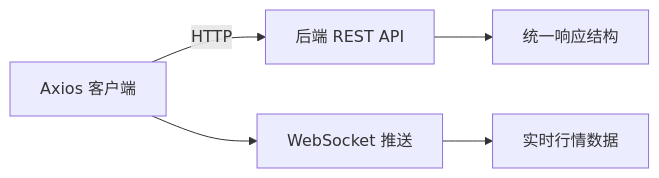
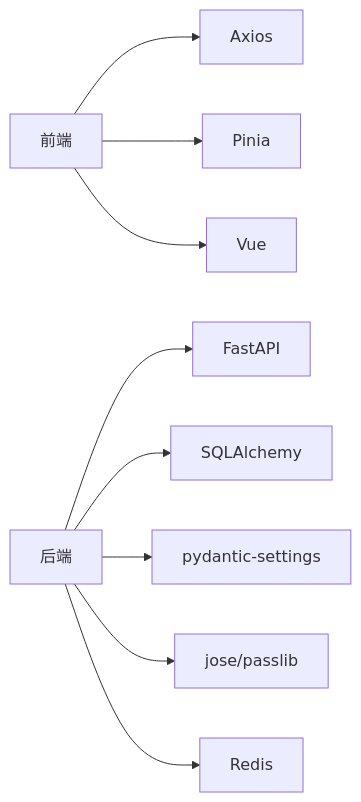
Before and after one commit to We3le7/stock-view: the ninth of 9 diagrams in .qoder/repowiki/zh/content/前端开发/API客户端.md, drawn with Mermaid. The commit also changed other lines of this file and 142 other files, not shown here.

````diff
--- a/.qoder/repowiki/zh/content/前端开发/API客户端.md
+++ b/.qoder/repowiki/zh/content/前端开发/API客户端.md
@@ -219,7 +385,11 @@
 ```mermaid
 graph LR
-AX["Axios 客户端"] --> |HTTP| API["后端 REST API"]
-AX --> WS["WebSocket 推送"]
-API --> RESP["统一响应结构"]
-WS --> DATA["实时行情数据"]
+FE["前端"] --> AX["Axios"]
+FE --> PIN["Pinia"]
+FE --> VUE["Vue"]
+BE["后端"] --> FAST["FastAPI"]
+BE --> SQL["SQLAlchemy"]
+BE --> CFG["pydantic-settings"]
+BE --> SEC["jose/passlib"]
+BE --> REDIS["Redis"]
 ```
````
